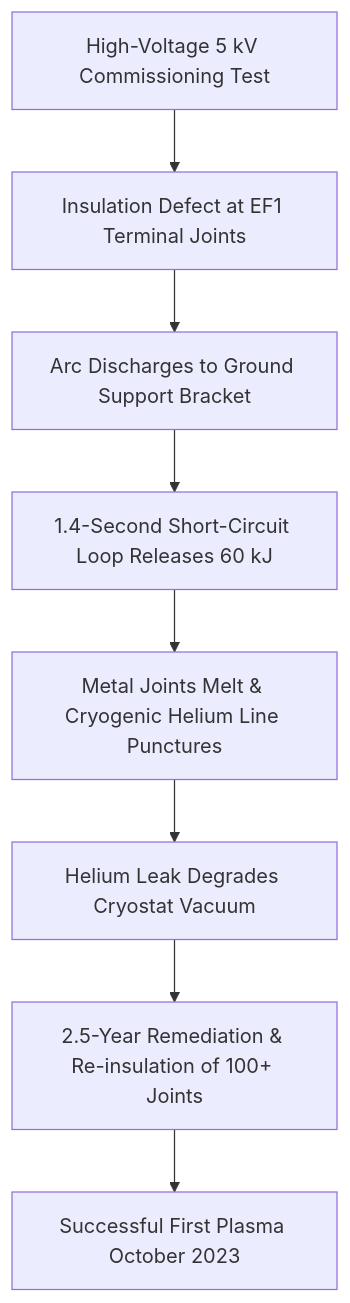
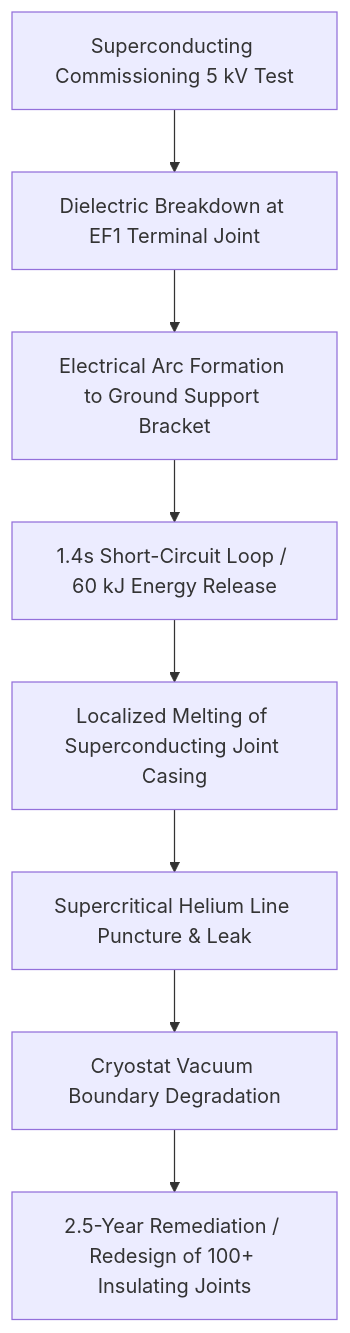
One commit to catskillsresearch/fusion_reactor_component_failures changed the sixth of 6 diagrams in arxiv.md. Above: the diagram before and after it, drawn with Mermaid. The commit also changed other lines of this file and 13 other files, not shown here.

````diff
--- a/arxiv.md
+++ b/arxiv.md
@@ -186,10 +181,10 @@
 ```mermaid
 graph TD
-    A[High-Voltage 5 kV Commissioning Test] --> B[Insulation Defect at EF1 Terminal Joints]
-    B --> C[Arc Discharges to Ground Support Bracket]
-    C --> D[1.4-Second Short-Circuit Loop Releases 60 kJ]
-    D --> E[Metal Joints Melt & Cryogenic Helium Line Punctures]
-    E --> F[Helium Leak Degrades Cryostat Vacuum]
-    F --> G[2.5-Year Remediation & Re-insulation of 100+ Joints]
-    G --> H[Successful First Plasma October 2023]
+    A[Superconducting Commissioning 5 kV Test] --> B[Dielectric Breakdown at EF1 Terminal Joint]
+    B --> C[Electrical Arc Formation to Ground Support Bracket]
+    C --> D[1.4s Short-Circuit Loop / 60 kJ Energy Release]
+    D --> E[Localized Melting of Superconducting Joint Casing]
+    E --> F[Supercritical Helium Line Puncture & Leak]
+    F --> G[Cryostat Vacuum Boundary Degradation]
+    G --> H[2.5-Year Remediation / Redesign of 100+ Insulating Joints]
 ```
````
